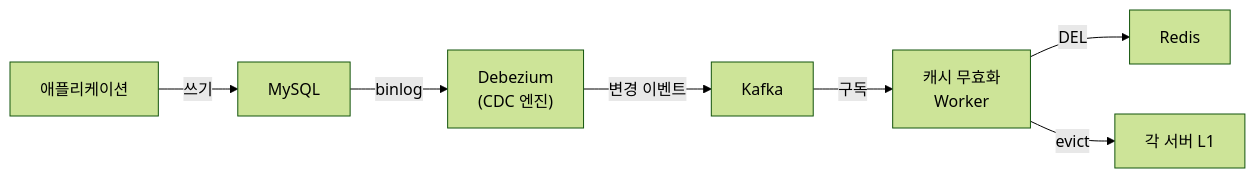
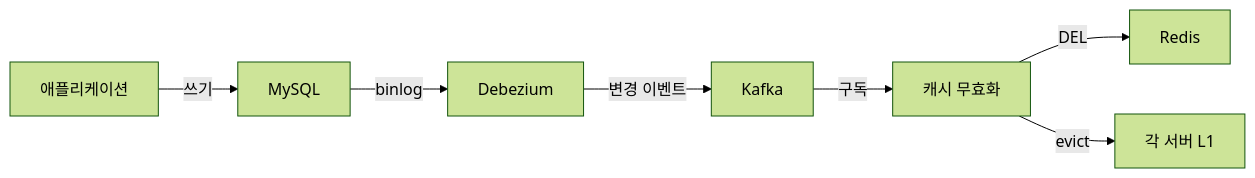
One commit to yjkim2015/yjkim2015.github.io changed the seventh of 8 diagrams in _posts/caching/2026-05-03-cache-invalidation.md. Above: the diagram before and after it, drawn with Mermaid (forest theme). The commit also changed other lines of this file and 217 other files, not shown here.

First line of the commit message:
Mermaid 크기 수정: useMaxWidth:true + SVG max-width:100% + 라벨 축소

````diff
--- a/_posts/caching/2026-05-03-cache-invalidation.md
+++ b/_posts/caching/2026-05-03-cache-invalidation.md
@@ -530,9 +530,9 @@
 ```mermaid
 graph LR
     App["애플리케이션"] -->|"쓰기"| DB["MySQL"]
-    DB -->|"binlog"| Debezium["Debezium\n(CDC 엔진)"]
+    DB -->|"binlog"| Debezium["Debezium"]
     Debezium -->|"변경 이벤트"| Kafka["Kafka"]
-    Kafka -->|"구독"| Worker["캐시 무효화\nWorker"]
+    Kafka -->|"구독"| Worker["캐시 무효화"]
     Worker -->|"DEL"| Redis["Redis"]
     Worker -->|"evict"| L1["각 서버 L1"]
 ```
````
